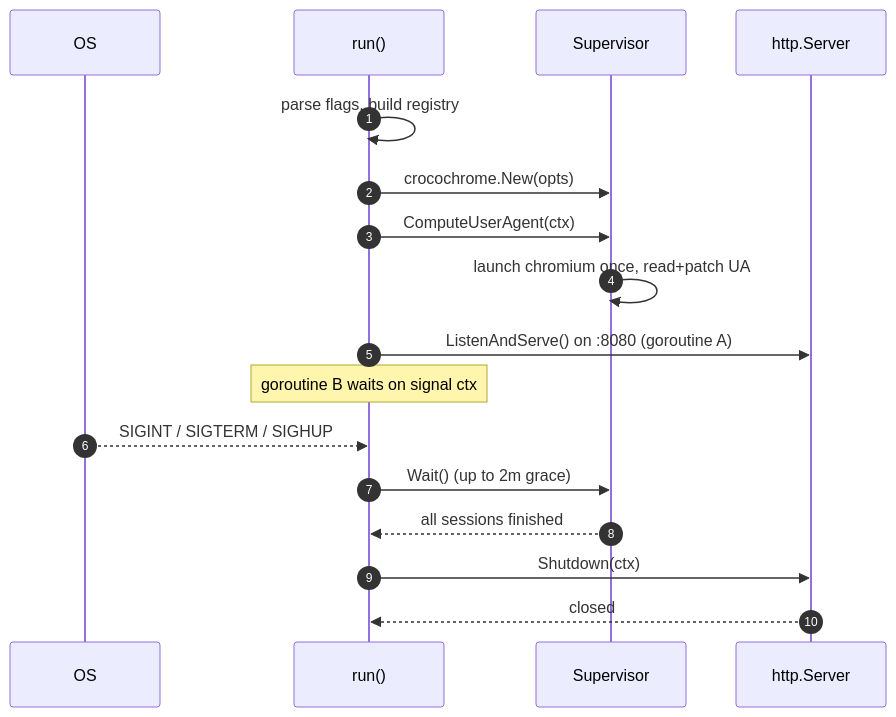
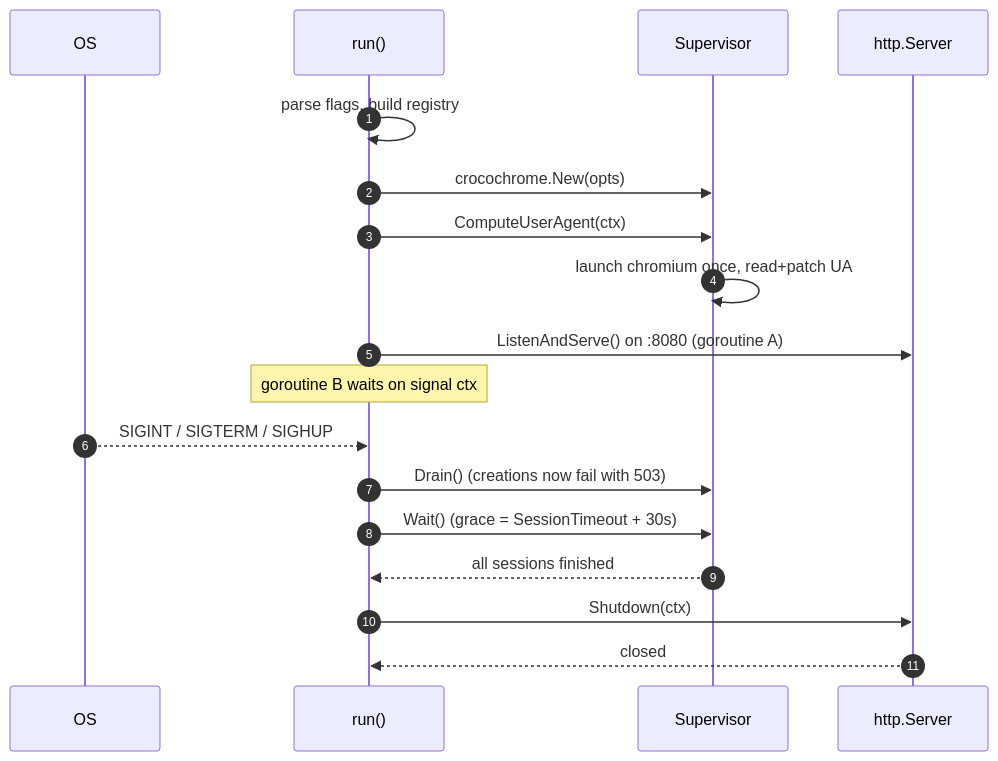
One commit to grafana/crocochrome changed the diagram in doc/architecture/entrypoint-and-lifecycle.md. Above: the diagram before and after it, drawn with Mermaid. The commit also changed other lines of this file and 4 other files, not shown here.

````diff
--- a/doc/architecture/entrypoint-and-lifecycle.md
+++ b/doc/architecture/entrypoint-and-lifecycle.md
@@ -66,20 +66,21 @@
 ```mermaid
 sequenceDiagram
     autonumber
     participant OS
     participant main as run()
     participant sup as Supervisor
     participant srv as http.Server
 
     main->>main: parse flags, build registry
     main->>sup: crocochrome.New(opts)
     main->>sup: ComputeUserAgent(ctx)
     sup->>sup: launch chromium once, read+patch UA
     main->>srv: ListenAndServe() on :8080 (goroutine A)
     Note over main: goroutine B waits on signal ctx
     OS-->>main: SIGINT / SIGTERM / SIGHUP
-    main->>sup: Wait() (up to 2m grace)
+    main->>sup: Drain() (creations now fail with 503)
+    main->>sup: Wait() (grace = SessionTimeout + 30s)
     sup-->>main: all sessions finished
     main->>srv: Shutdown(ctx)
     srv-->>main: closed
 ```
````
